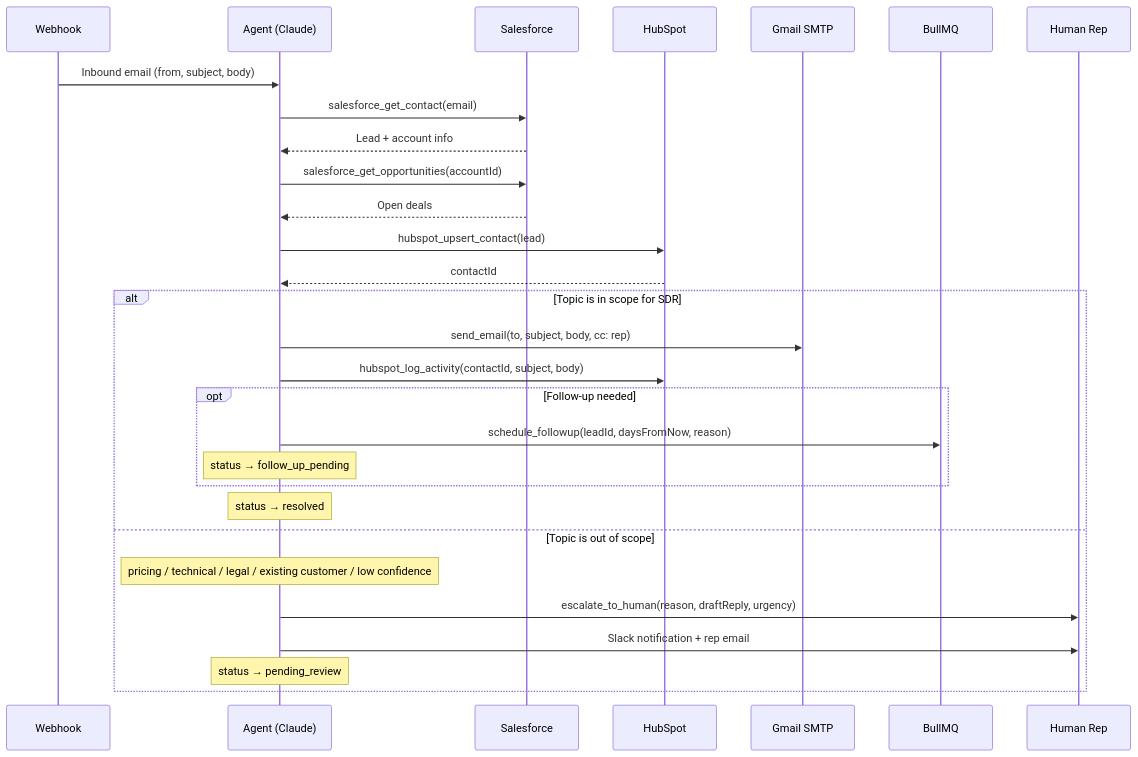
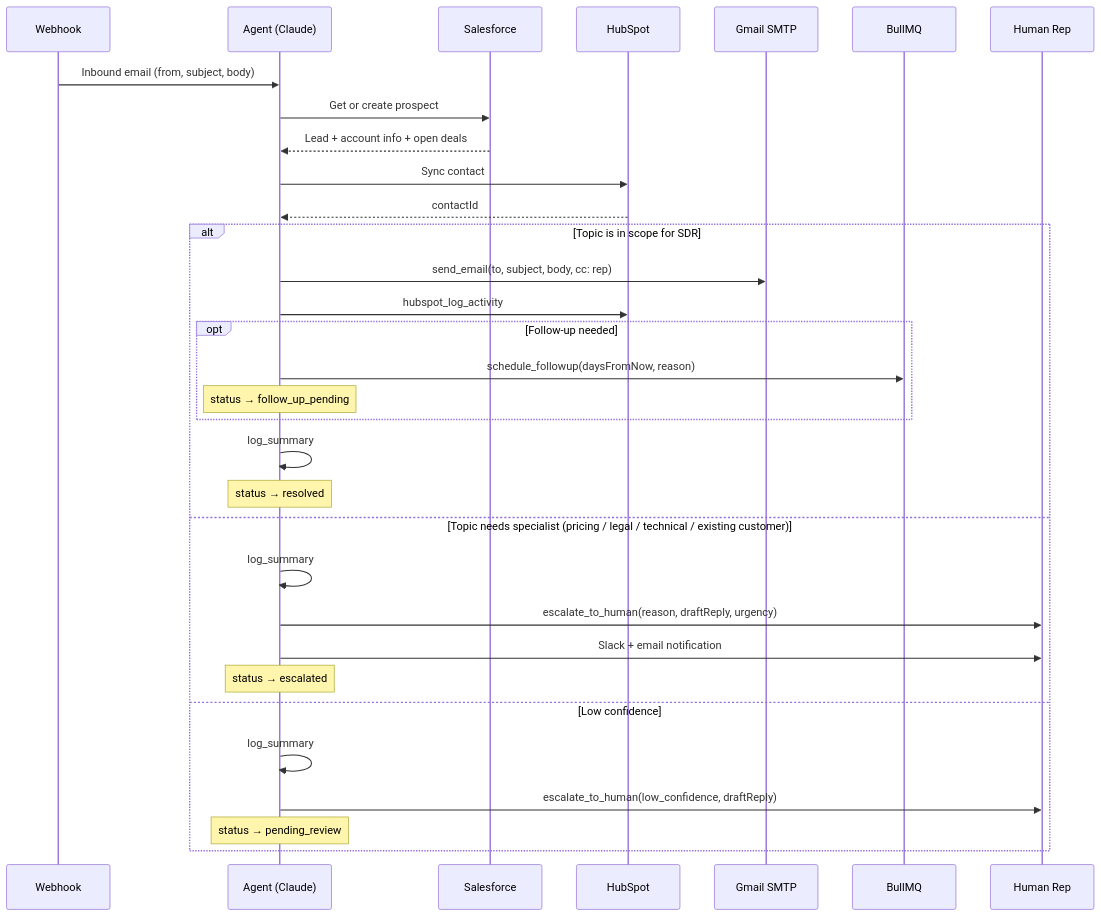
The second of 5 diagrams in README.md (adityaswarupparida/sdr-workflow), drawn with Mermaid before and after one commit. The commit also changed other lines of this file and 3 other files, not shown here.

Commit message:
docs: update README diagrams to reflect current agent flow, status routing, and lifecycle

````diff
--- a/README.md
+++ b/README.md
@@ -64,33 +64,36 @@
 ```mermaid
 sequenceDiagram
     participant W as Webhook
     participant A as Agent (Claude)
     participant SF as Salesforce
     participant HS as HubSpot
     participant E as Gmail SMTP
     participant Q as BullMQ
     participant H as Human Rep
 
     W->>A: Inbound email (from, subject, body)
-    A->>SF: salesforce_get_contact(email)
-    SF-->>A: Lead + account info
-    A->>SF: salesforce_get_opportunities(accountId)
-    SF-->>A: Open deals
-    A->>HS: hubspot_upsert_contact(lead)
+    A->>SF: Get or create prospect
+    SF-->>A: Lead + account info + open deals
+    A->>HS: Sync contact
     HS-->>A: contactId
 
     alt Topic is in scope for SDR
         A->>E: send_email(to, subject, body, cc: rep)
-        A->>HS: hubspot_log_activity(contactId, subject, body)
+        A->>HS: hubspot_log_activity
         opt Follow-up needed
-            A->>Q: schedule_followup(leadId, daysFromNow, reason)
+            A->>Q: schedule_followup(daysFromNow, reason)
             Note over A: status → follow_up_pending
         end
+        A->>A: log_summary
         Note over A: status → resolved
-    else Topic is out of scope
-        Note over A: pricing / technical / legal / existing customer / low confidence
+    else Topic needs specialist (pricing / legal / technical / existing customer)
+        A->>A: log_summary
         A->>H: escalate_to_human(reason, draftReply, urgency)
-        A->>H: Slack notification + rep email
+        A->>H: Slack + email notification
+        Note over A: status → escalated
+    else Low confidence
+        A->>A: log_summary
+        A->>H: escalate_to_human(low_confidence, draftReply)
         Note over A: status → pending_review
     end
 ```
````
